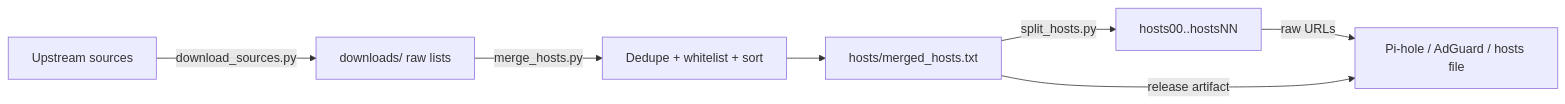
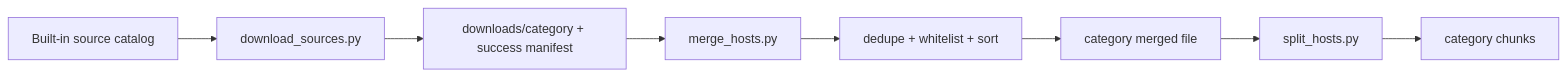
Before and after one commit to Linea-Software/ace-hosts: the diagram in README.md, drawn with Mermaid. The commit also changed other lines of this file and 12 other files, not shown here.

````diff
--- a/README.md
+++ b/README.md
@@ -99,9 +121,10 @@
 ```mermaid
 flowchart LR
-    A[Upstream sources] -->|download_sources.py| B[downloads/ raw lists]
-    B -->|merge_hosts.py| C[Dedupe + whitelist + sort]
-    C --> D[hosts/merged_hosts.txt]
-    D -->|split_hosts.py| E[hosts00..hostsNN]
-    E -->|raw URLs| F[Pi-hole / AdGuard / hosts file]
-    D -->|release artifact| F
+    A[Built-in source catalog] --> B[download_sources.py]
+    B --> C[downloads/category + success manifest]
+    C --> D[merge_hosts.py]
+    D --> E[dedupe + whitelist + sort]
+    E --> F[category merged file]
+    F --> G[split_hosts.py]
+    G --> H[category chunks]
 ```
````
